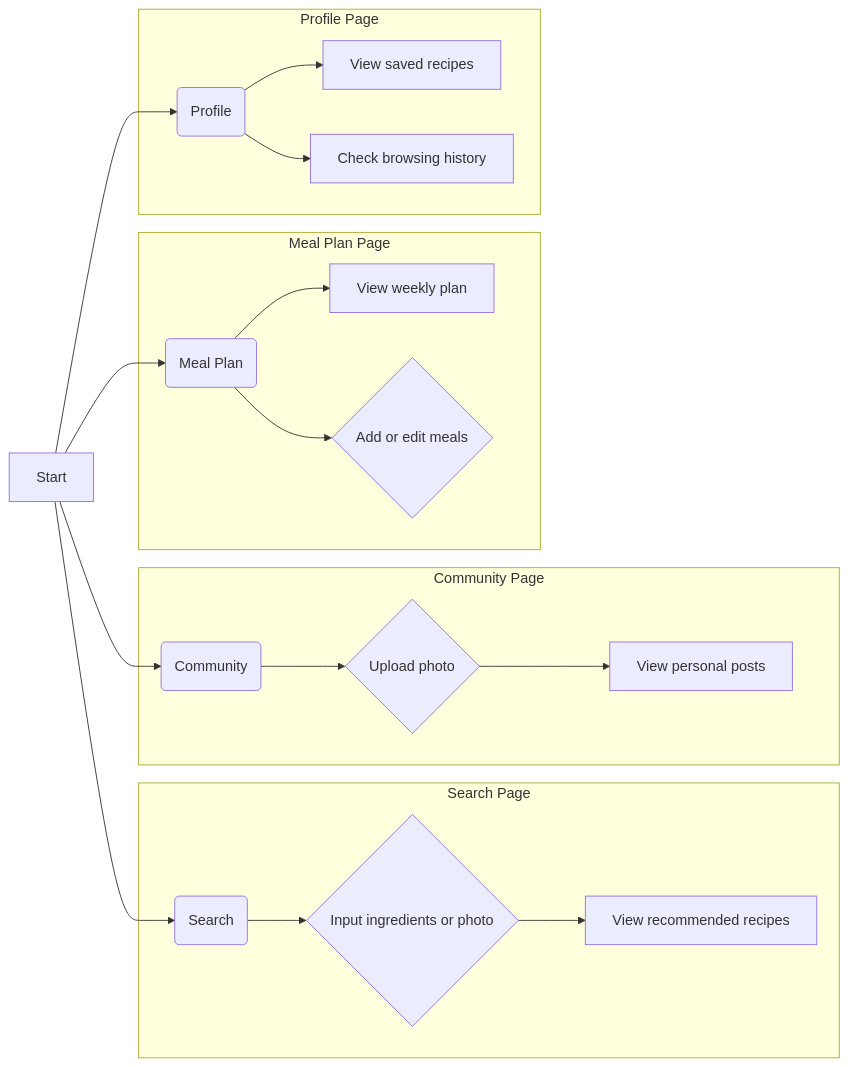
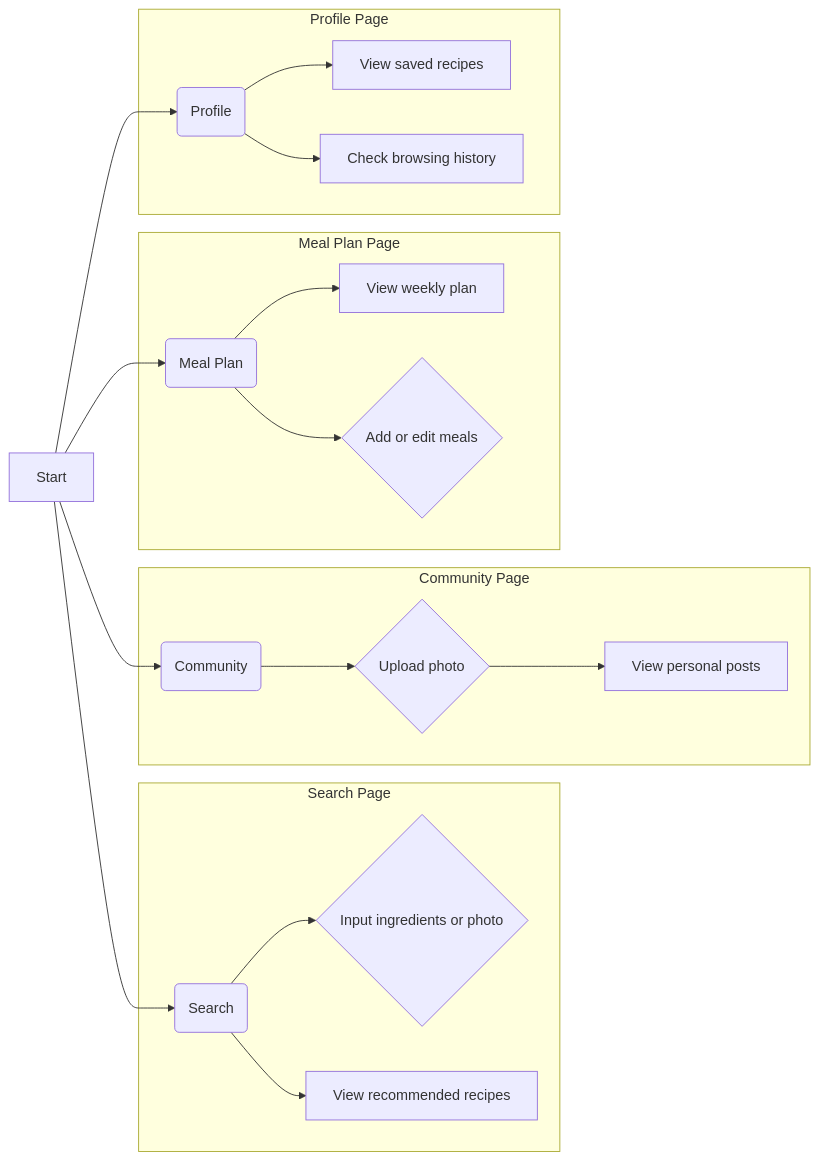
Before and after one commit to seven8301/iodraw-files: the diagram in all/未命名-2.md, drawn with Mermaid.

Commit message:
2025-04-01 16:47:11 update

````diff
--- a/all/未命名-2.md
+++ b/all/未命名-2.md
@@ -1,28 +1,28 @@
 ```mermaid
 graph LR
     A[Start] --> B(Search);
     A --> C(Community);
     A --> D(Meal Plan);
     A --> E(Profile);
     
     subgraph "Search Page"
         B --> F{Input ingredients or photo};
-        F --> G[View recommended recipes];
+        B --> G[View recommended recipes];
     end
 
     subgraph "Community Page"
         C --> H{Upload photo};
         H --> I[View personal posts];
     end
     
     subgraph "Meal Plan Page"
         D --> J[View weekly plan];
         D --> K{Add or edit meals};
     end
     
     subgraph "Profile Page"
         E --> L[View saved recipes];
         E --> M[Check browsing history];
     end
 
 ```
````
